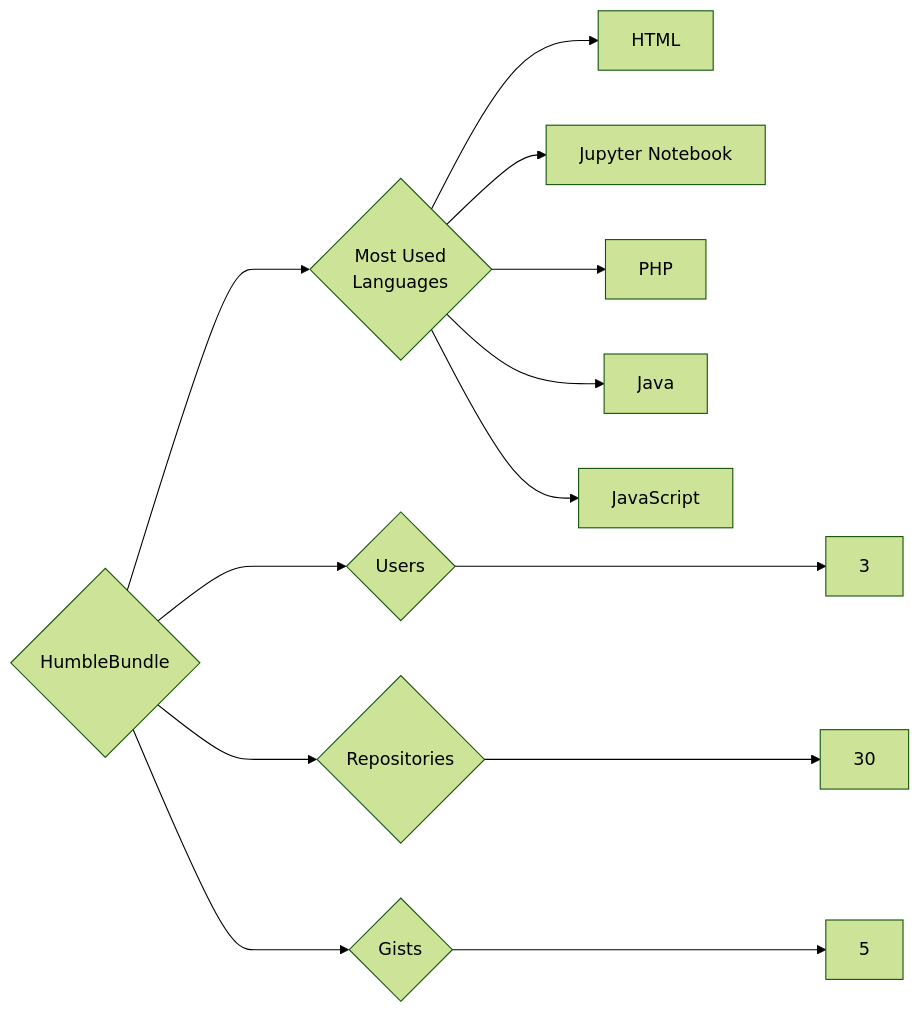
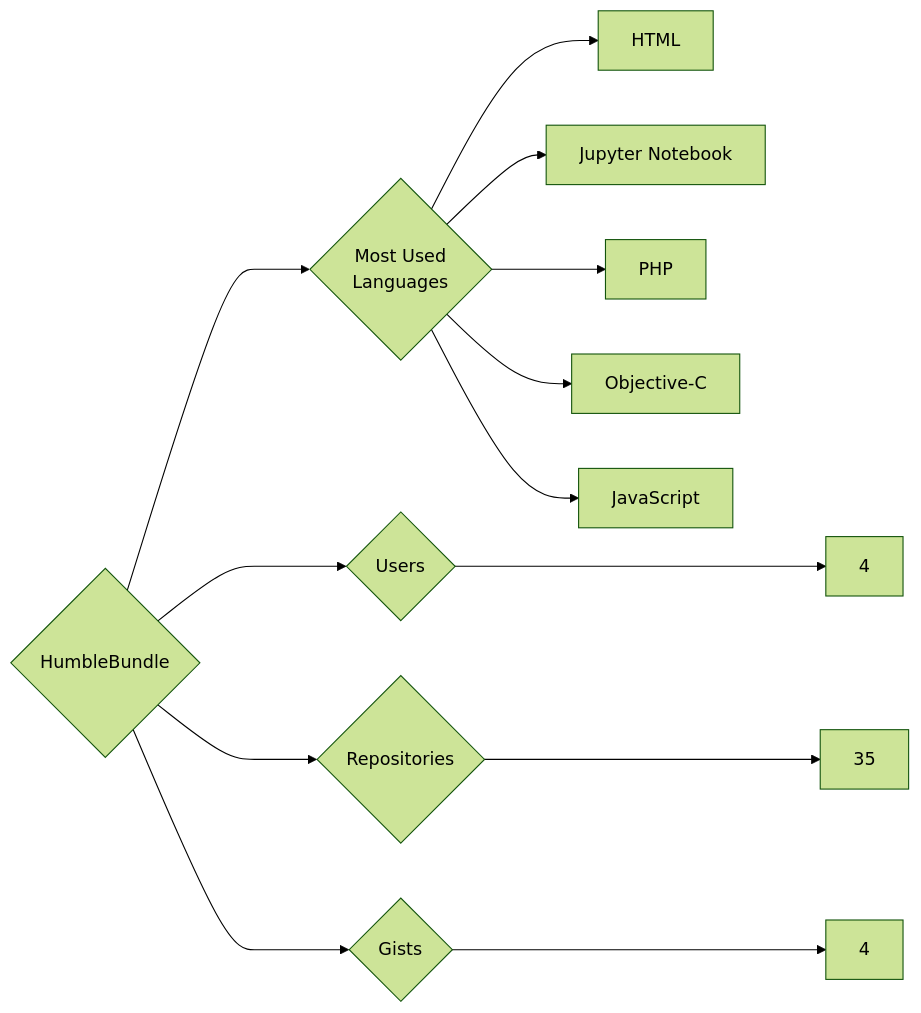
Before and after one commit to trickest/insiders: the diagram in targets/HumbleBundle/README.md, drawn with Mermaid (forest theme). The commit also changed 859 other files, not shown here.

````diff
--- a/targets/HumbleBundle/README.md
+++ b/targets/HumbleBundle/README.md
@@ -3,13 +3,13 @@
 ```mermaid
 graph LR
 COMPANY_NAME{HumbleBundle}
-COMPANY_NAME ---> U{Users} ---> UN[3]
-COMPANY_NAME ---> R{Repositories} ---> RN[30]
-COMPANY_NAME ---> G{Gists} ---> GN[5]
+COMPANY_NAME ---> U{Users} ---> UN[4]
+COMPANY_NAME ---> R{Repositories} ---> RN[35]
+COMPANY_NAME ---> G{Gists} ---> GN[4]
 COMPANY_NAME ---> ML{Most Used<br>Languages}
 ML --> HTML[HTML]
 ML --> Jupyter_Notebook[Jupyter Notebook]
 ML --> PHP[PHP]
-ML --> Java[Java]
+ML --> Objective-C[Objective-C]
 ML --> JavaScript[JavaScript]
 ```
````
